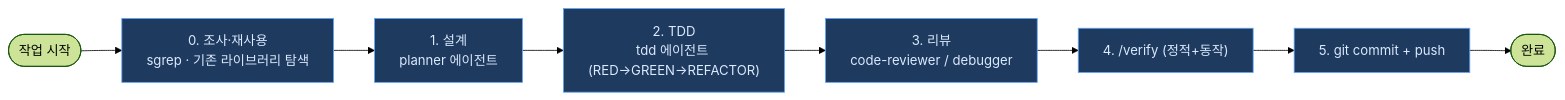
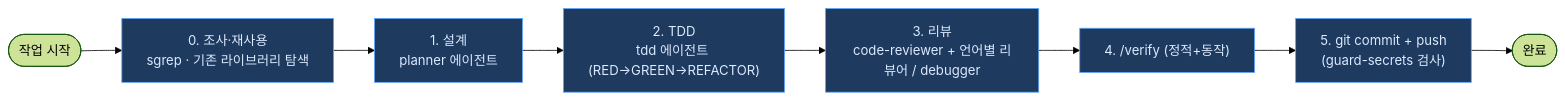
One commit to jomarusoup/Arachne changed the fourth of 7 diagrams in docs/ARCHITECTURE.md. Above: the diagram before and after it, drawn with Mermaid (forest theme). The commit also changed other lines of this file and 69 other files, not shown here.

First line of the commit message:
docs: W6 문서·지시 파일 최신화와 구조 다이어그램 보강

````diff
--- a/docs/ARCHITECTURE.md
+++ b/docs/ARCHITECTURE.md
@@ -313,13 +352,13 @@
 ```mermaid
 flowchart LR
     START([작업 시작]) --> INV["0. 조사·재사용<br/>sgrep · 기존 라이브러리 탐색"]
     INV --> PLAN["1. 설계<br/>planner 에이전트"]
     PLAN --> TDD["2. TDD<br/>tdd 에이전트 (RED→GREEN→REFACTOR)"]
-    TDD --> REVIEW["3. 리뷰<br/>code-reviewer / debugger"]
+    TDD --> REVIEW["3. 리뷰<br/>code-reviewer + 언어별 리뷰어 / debugger"]
     REVIEW --> VERIFY["4. /verify (정적+동작)"]
-    VERIFY --> COMMIT["5. git commit + push"]
+    VERIFY --> COMMIT["5. git commit + push<br/>(guard-secrets 검사)"]
     COMMIT --> END([완료])
 
     classDef cla fill:#1e3a5f,stroke:#60a5fa,color:#dbeafe;
     class INV,PLAN,TDD,REVIEW,VERIFY,COMMIT cla;
 ```
````
